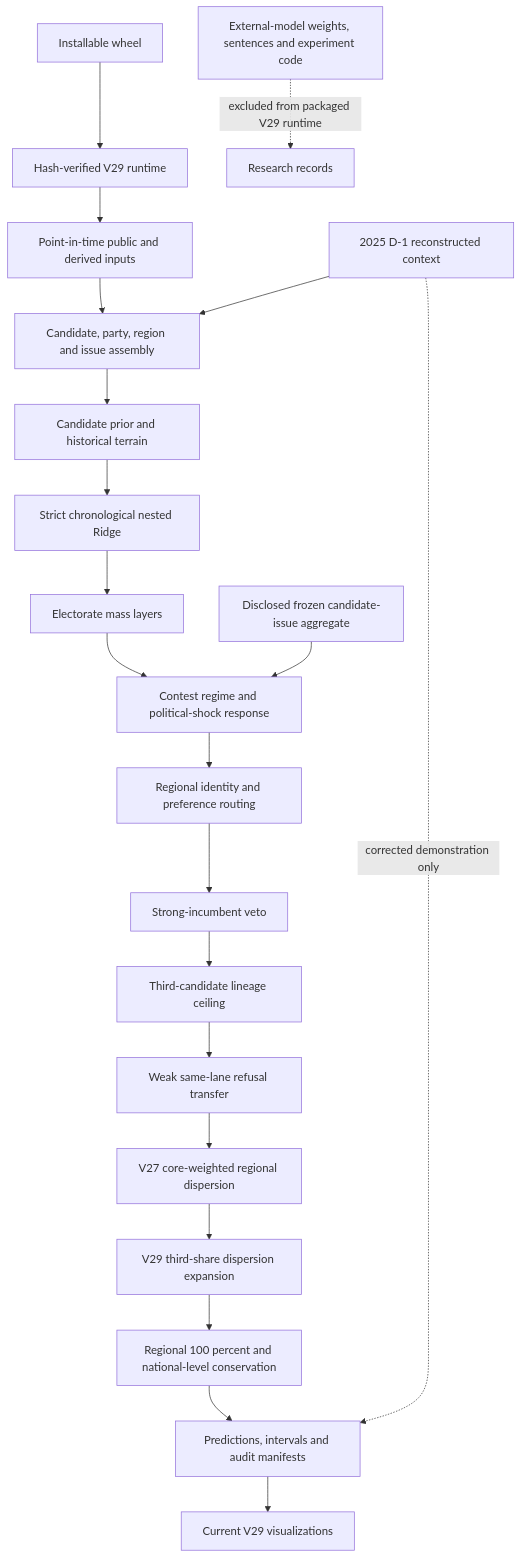
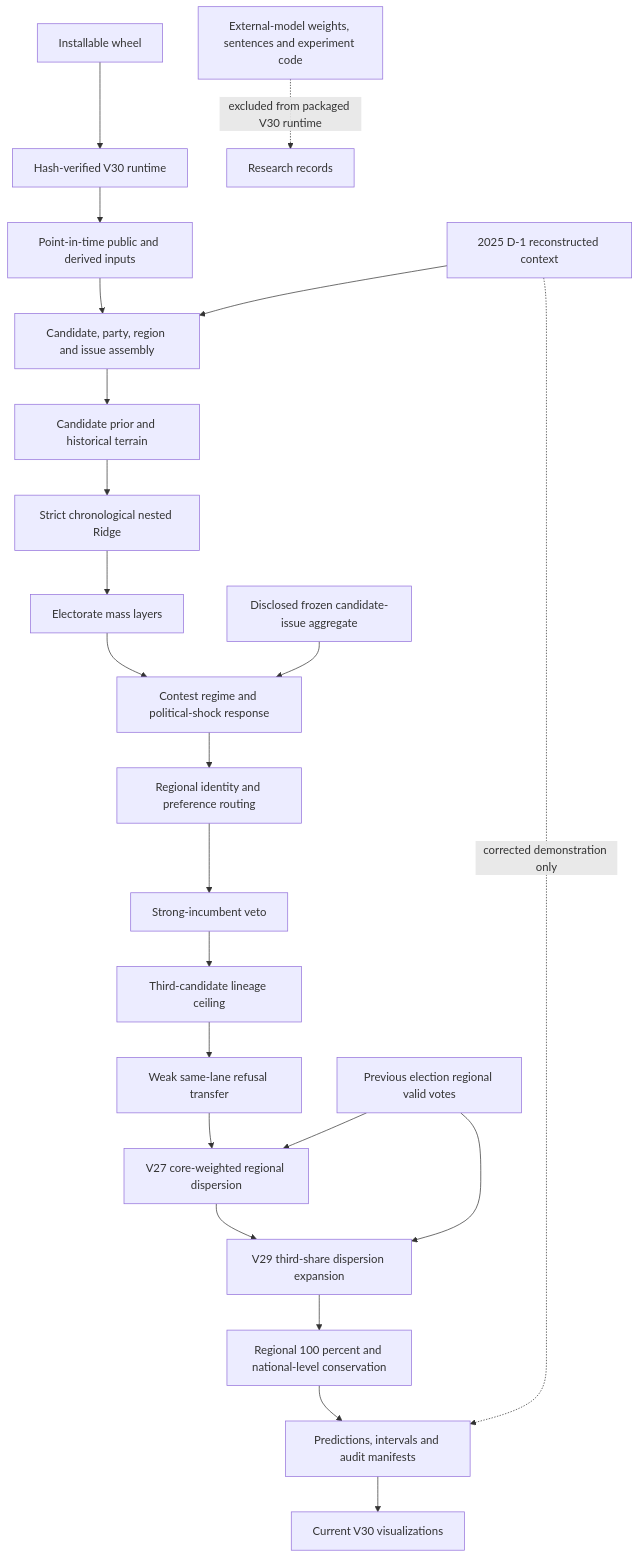
The diagram in docs/ARCHITECTURE.md (bamboosalt09-bam/election-forecast), drawn with Mermaid before and after one commit. The commit also changed other lines of this file and 106 other files, not shown here.

````diff
--- a/docs/ARCHITECTURE.md
+++ b/docs/ARCHITECTURE.md
@@ -15,25 +17,27 @@
 ```mermaid
 flowchart TD
-    P[Installable wheel] --> Q[Hash-verified V29 runtime]
+    P[Installable wheel] --> Q[Hash-verified V30 runtime]
     Q --> A[Point-in-time public and derived inputs]
     A --> B[Candidate, party, region and issue assembly]
     B --> C[Candidate prior and historical terrain]
     C --> D[Strict chronological nested Ridge]
     D --> E[Electorate mass layers]
     E --> F[Contest regime and political-shock response]
     F --> G[Regional identity and preference routing]
     G --> H[Strong-incumbent veto]
     H --> I[Third-candidate lineage ceiling]
     I --> J[Weak same-lane refusal transfer]
     J --> K[V27 core-weighted regional dispersion]
     K --> V[V29 third-share dispersion expansion]
+    W[Previous election regional valid votes] --> K
+    W --> V
     V --> L[Regional 100 percent and national-level conservation]
     L --> M[Predictions, intervals and audit manifests]
-    M --> N[Current V29 visualizations]
+    M --> N[Current V30 visualizations]
 
     O[2025 D-1 reconstructed context] --> B
     O -. corrected demonstration only .-> M
 
-    R[External-model weights, sentences and experiment code] -. excluded from packaged V29 runtime .-> S[Research records]
+    R[External-model weights, sentences and experiment code] -. excluded from packaged V30 runtime .-> S[Research records]
     T[Disclosed frozen candidate-issue aggregate] --> F
 ```
````
